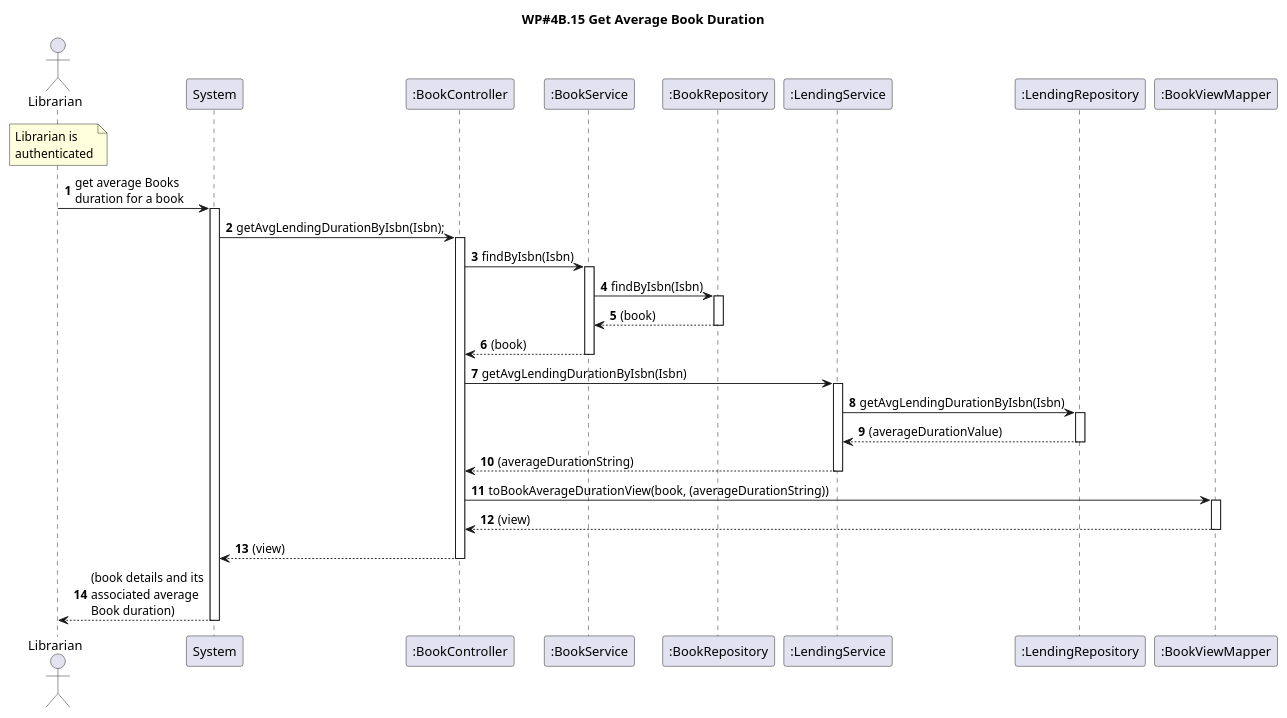
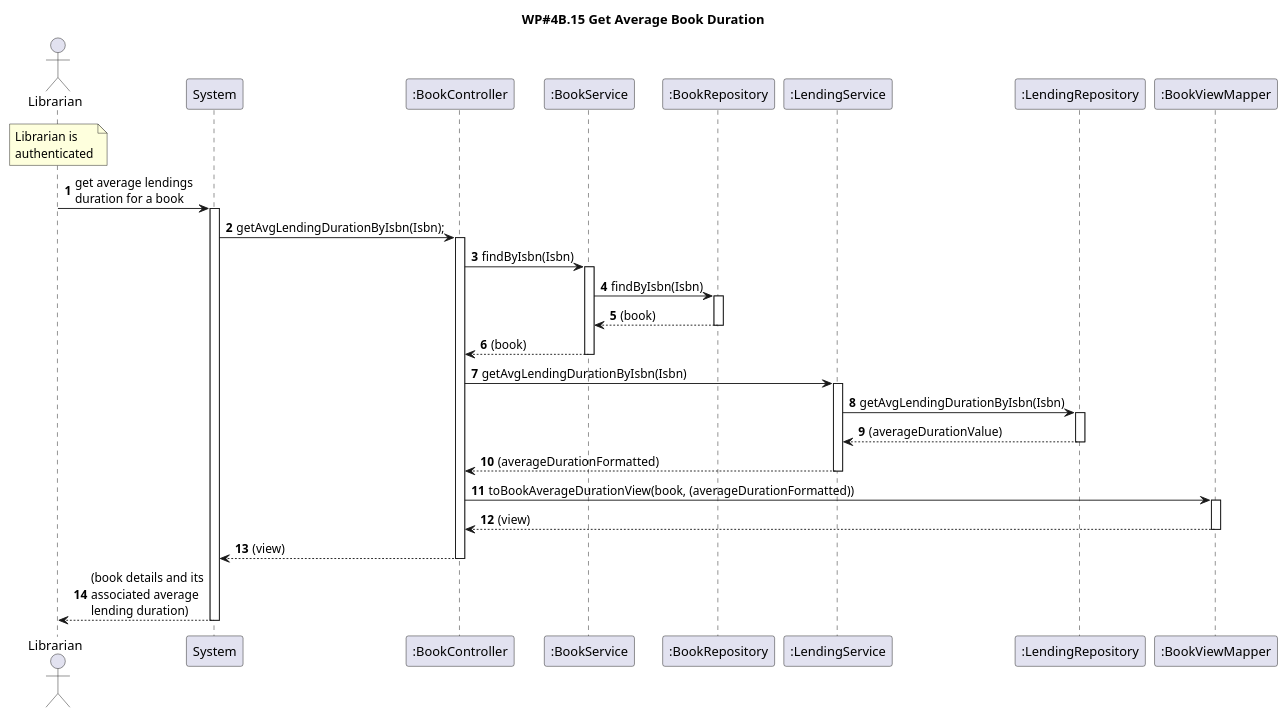
One commit to rutemf/1220944_1220772_G01 changed the diagram in Docs/Phase2/x_BonusUS/US-30-AvgLendingDurationBook/US-30-AvgLendingDurationBook-SD.puml. Above: the diagram before and after it, drawn with PlantUML. The commit also changed 9 other files, not shown here.

```diff
--- a/Docs/Phase2/x_BonusUS/US-30-AvgLendingDurationBook/US-30-AvgLendingDurationBook-SD.puml
+++ b/Docs/Phase2/x_BonusUS/US-30-AvgLendingDurationBook/US-30-AvgLendingDurationBook-SD.puml
@@ -1,40 +1,40 @@
 @startuml
 'https://plantuml.com/sequence-diagram
 autoactivate on
 autonumber
 
 title WP#4B.15 Get Average Book Duration
 
 actor "Librarian" as Librarian
 participant "System" as System
 participant ":BookController" as Ctrl
 participant ":BookService" as BookService
 participant ":BookRepository" as BookRepo
 participant ":LendingService" as LendingService
 participant ":LendingRepository" as LendingRepo
 participant ":BookViewMapper" as Mapper
 
 
 note over Librarian : Librarian is\nauthenticated
 
-Librarian -> System: get average Books\nduration for a book
+Librarian -> System: get average lendings\nduration for a book
 
 System -> Ctrl: getAvgLendingDurationByIsbn(Isbn);
 
 Ctrl -> BookService: findByIsbn(Isbn)
 BookService -> BookRepo: findByIsbn(Isbn)
 
 BookRepo --> BookService: (book)
 BookService --> Ctrl: (book)
 
 Ctrl -> LendingService: getAvgLendingDurationByIsbn(Isbn)
 LendingService -> LendingRepo: getAvgLendingDurationByIsbn(Isbn)
 
 LendingRepo --> LendingService: (averageDurationValue)
-LendingService --> Ctrl: (averageDurationString)
-Ctrl -> Mapper: toBookAverageDurationView(book, (averageDurationString))
+LendingService --> Ctrl: (averageDurationFormatted)
+Ctrl -> Mapper: toBookAverageDurationView(book, (averageDurationFormatted))
 Mapper --> Ctrl: (view)
 Ctrl --> System: (view)
-System --> Librarian: (book details and its\nassociated average\nBook duration)
+System --> Librarian: (book details and its\nassociated average\nlending duration)
 
 @enduml
```
